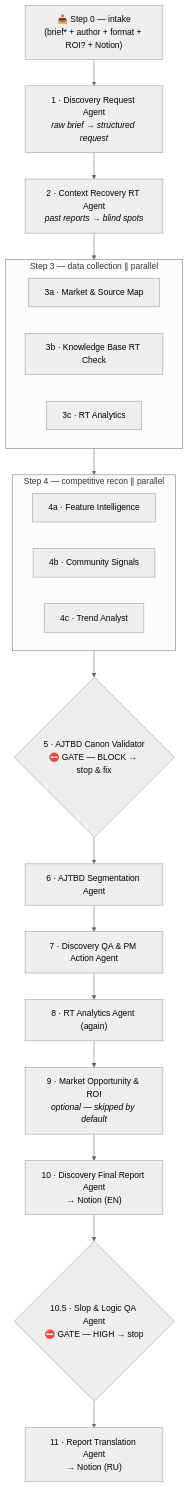
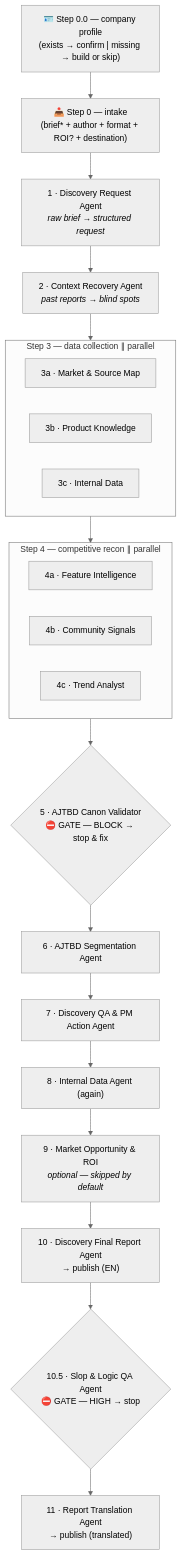
One commit to VladislavDerkach/product-discovery-flow changed the diagram in README.md. Above: the diagram before and after it, drawn with Mermaid (neutral theme). The commit also changed other lines of this file and 26 other files, not shown here.

````diff
--- a/README.md
+++ b/README.md
@@ -22,31 +28,32 @@
 ```mermaid
 flowchart TD
-    B["📥 Step 0 — intake<br/>(brief* + author + format + ROI? + Notion)"] --> S1
+    B0["🪪 Step 0.0 — company profile<br/>(exists → confirm | missing → build or skip)"] --> B
+    B["📥 Step 0 — intake<br/>(brief* + author + format + ROI? + destination)"] --> S1
     S1["1 · Discovery Request Agent<br/><i>raw brief → structured request</i>"] --> S2
-    S2["2 · Context Recovery RT Agent<br/><i>past reports → blind spots</i>"] --> P3
+    S2["2 · Context Recovery Agent<br/><i>past reports → blind spots</i>"] --> P3
 
     subgraph P3 ["Step 3 — data collection ∥ parallel"]
         direction LR
         S3a["3a · Market & Source Map"]
-        S3b["3b · Knowledge Base RT Check"]
-        S3c["3c · RT Analytics"]
+        S3b["3b · Product Knowledge"]
+        S3c["3c · Internal Data"]
     end
     P3 --> P4
 
     subgraph P4 ["Step 4 — competitive recon ∥ parallel"]
         direction LR
         S4a["4a · Feature Intelligence"]
         S4b["4b · Community Signals"]
         S4c["4c · Trend Analyst"]
     end
     P4 --> G5
 
     G5{"5 · AJTBD Canon Validator<br/>⛔ GATE — BLOCK → stop & fix"} --> S6
     S6["6 · AJTBD Segmentation Agent"] --> S7
     S7["7 · Discovery QA & PM Action Agent"] --> S8
-    S8["8 · RT Analytics Agent (again)"] --> S9
+    S8["8 · Internal Data Agent (again)"] --> S9
     S9["9 · Market Opportunity & ROI<br/><i>optional — skipped by default</i>"] --> S10
-    S10["10 · Discovery Final Report Agent<br/>→ Notion (EN)"] --> G105
+    S10["10 · Discovery Final Report Agent<br/>→ publish (EN)"] --> G105
     G105{"10.5 · Slop & Logic QA Agent<br/>⛔ GATE — HIGH → stop"} --> S11
-    S11["11 · Report Translation Agent<br/>→ Notion (RU)"]
+    S11["11 · Report Translation Agent<br/>→ publish (translated)"]
 ```
````
